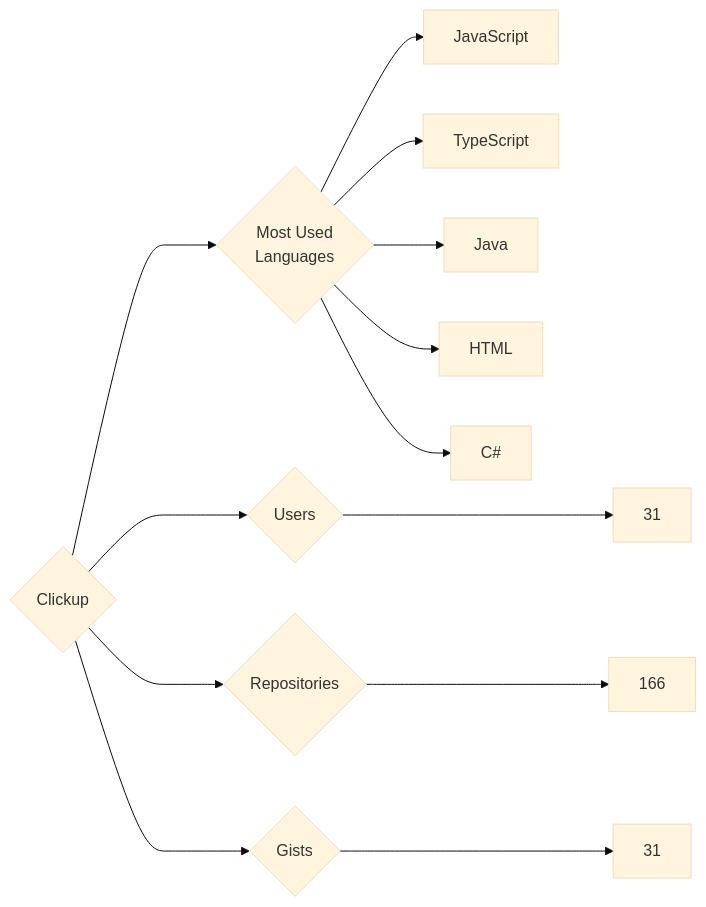
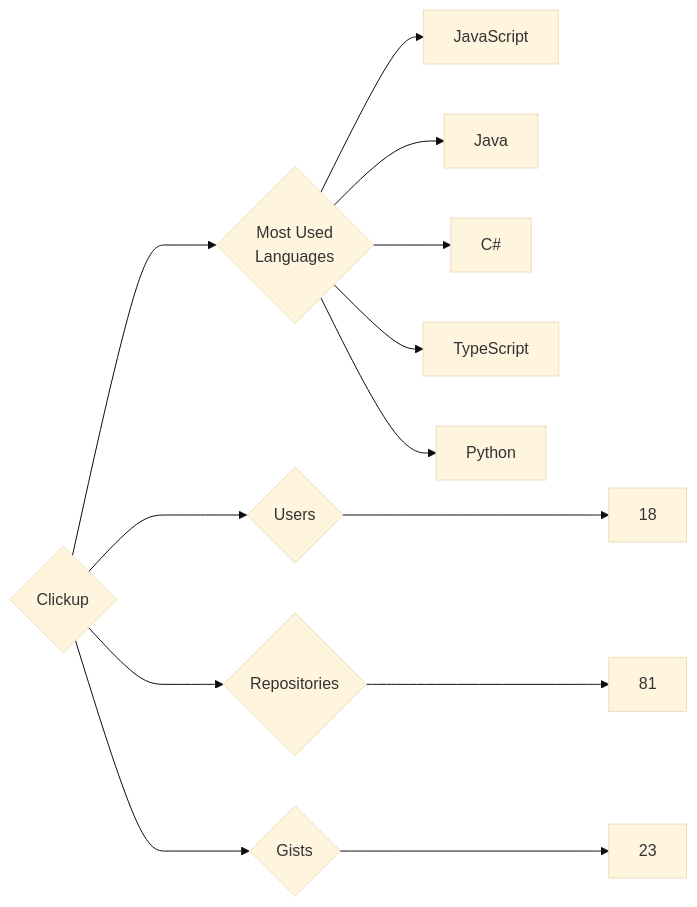
One commit to trickest/insiders changed the diagram in targets/Clickup/README.md. Above: the diagram before and after it, drawn with Mermaid (base theme). The commit also changed 925 other files, not shown here.

````diff
--- a/targets/Clickup/README.md
+++ b/targets/Clickup/README.md
@@ -3,13 +3,13 @@
 ```mermaid
 graph LR
 COMPANY_NAME{Clickup}
-COMPANY_NAME ---> U{Users} ---> UN[31]
-COMPANY_NAME ---> R{Repositories} ---> RN[166]
-COMPANY_NAME ---> G{Gists} ---> GN[31]
+COMPANY_NAME ---> U{Users} ---> UN[18]
+COMPANY_NAME ---> R{Repositories} ---> RN[81]
+COMPANY_NAME ---> G{Gists} ---> GN[23]
 COMPANY_NAME ---> ML{Most Used<br>Languages}
 ML --> JavaScript[JavaScript]
+ML --> Java[Java]
+ML --> C#[C#]
 ML --> TypeScript[TypeScript]
-ML --> Java[Java]
-ML --> HTML[HTML]
-ML --> C#[C#]
+ML --> Python[Python]
 ```
````
